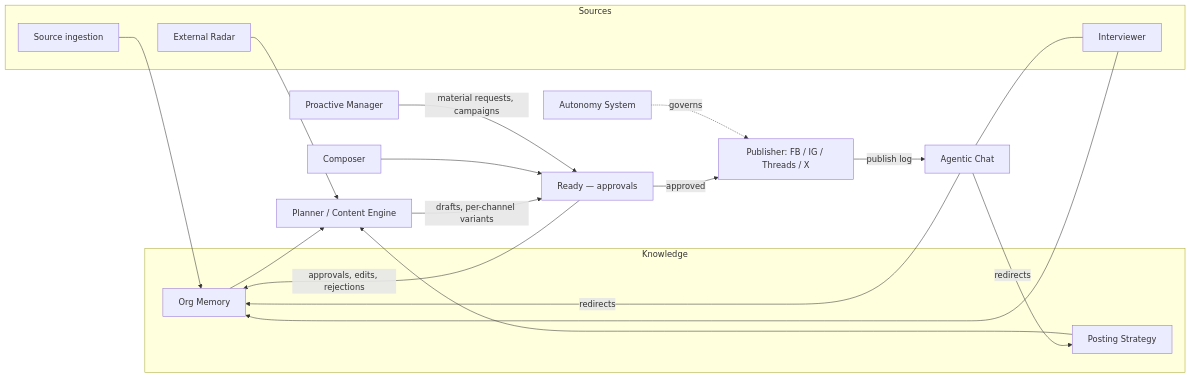
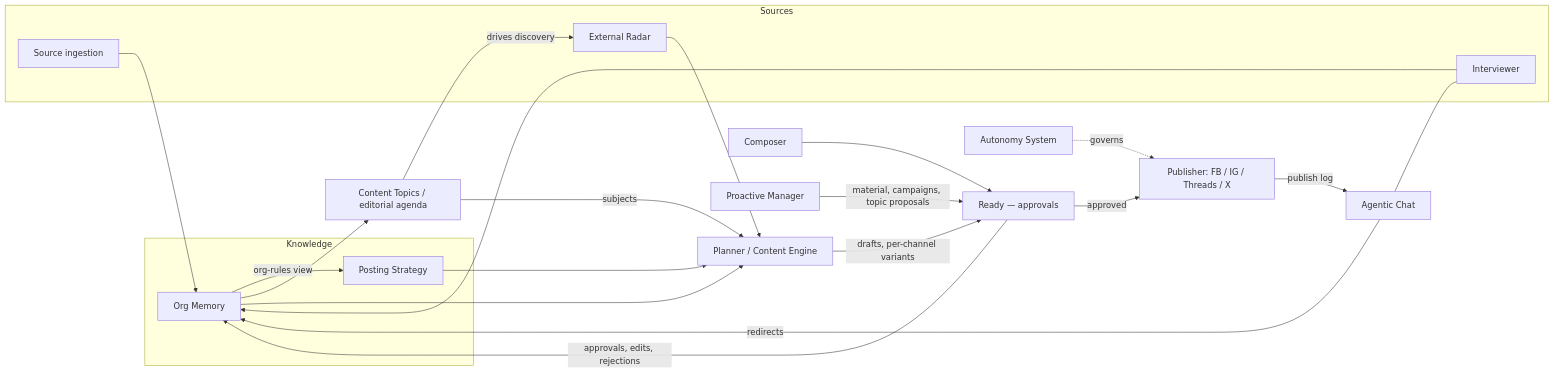
One commit to jetdream/steward changed the diagram in .spec/product/overview.md. Above: the diagram before and after it, drawn with Mermaid. The commit also changed other lines of this file and 10 other files, not shown here.

````diff
--- a/.spec/product/overview.md
+++ b/.spec/product/overview.md
@@ -17,35 +17,39 @@
 ```mermaid
 graph LR
   subgraph Knowledge
     MEM[Org Memory]
     STRAT[Posting Strategy]
   end
   subgraph Sources
     INTQ[Interviewer]
     ING[Source ingestion]
     RADAR[External Radar]
   end
   CHAT[Agentic Chat]
+  AGENDA[Content Topics / editorial agenda]
   ENGINE[Planner / Content Engine]
   INBOX[Ready — approvals]
   COMP[Composer]
   PUBLISH[Publisher: FB / IG / Threads / X]
   PROMGR[Proactive Manager]
   AUTO[Autonomy System]
 
   ING --> MEM
   INTQ --> MEM
   CHAT --- INTQ
   CHAT -->|redirects| MEM
-  CHAT -->|redirects| STRAT
+  MEM -->|org-rules view| STRAT
+  MEM --> AGENDA
+  AGENDA -->|subjects| ENGINE
+  AGENDA -->|drives discovery| RADAR
   MEM --> ENGINE
   STRAT --> ENGINE
   RADAR --> ENGINE
   ENGINE -->|drafts, per-channel variants| INBOX
   COMP --> INBOX
   INBOX -->|approved| PUBLISH
   AUTO -.governs.-> PUBLISH
-  PROMGR -->|material requests, campaigns| INBOX
+  PROMGR -->|material, campaigns, topic proposals| INBOX
   INBOX -->|approvals, edits, rejections| MEM
   PUBLISH -->|publish log| CHAT
 ```
````
